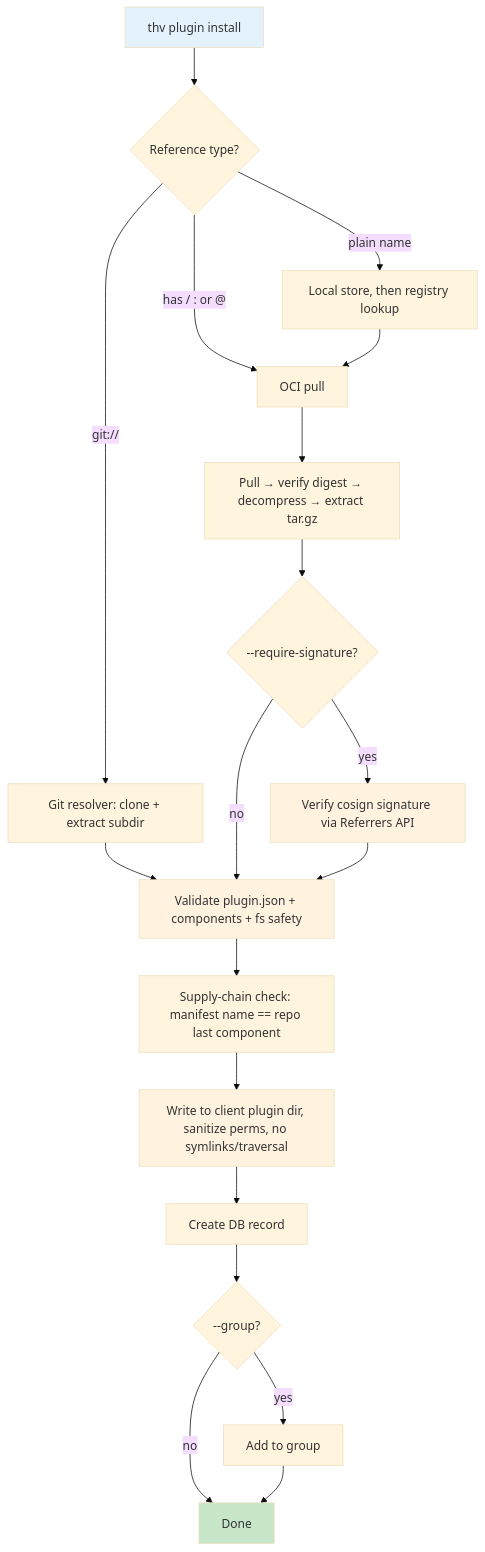
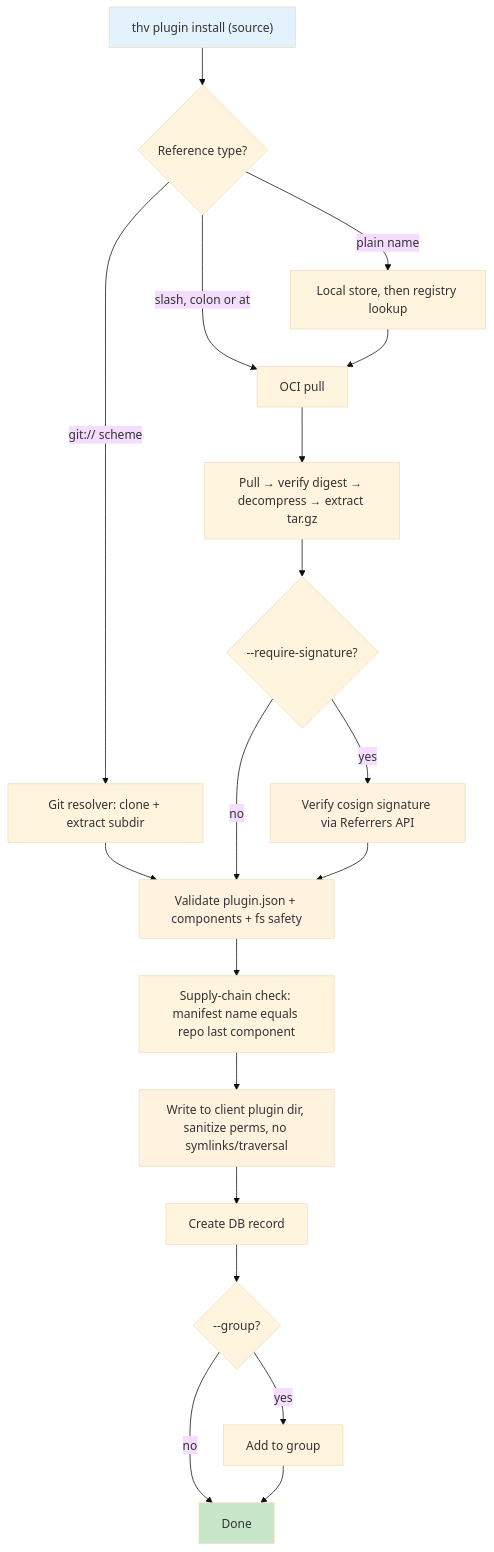
One commit to stacklok/toolhive-rfcs changed the second of 2 diagrams in rfcs/THV-0077-plugins-lifecycle-management.md. Above: the diagram before and after it, drawn with Mermaid (base theme). The commit also changed other lines of this file, not shown here.

Commit message:
RFC-0077: fix Mermaid diagram rendering errors
Dotted-edge label collided with the .-> arrow syntax; angle brackets and
special characters in flowchart labels broke the lexer. Use pipe-label form
and quote labels containing special characters.

````diff
--- a/rfcs/THV-0077-plugins-lifecycle-management.md
+++ b/rfcs/THV-0077-plugins-lifecycle-management.md
@@ -387,27 +387,27 @@
 ```mermaid
 flowchart TD
-    A[thv plugin install <src>] --> B{Reference type?}
-    B -->|git://| C[Git resolver: clone + extract subdir]
-    B -->|has / : or @| D[OCI pull]
-    B -->|plain name| E[Local store, then registry lookup]
+    A["thv plugin install (source)"] --> B{Reference type?}
+    B -->|"git:// scheme"| C["Git resolver: clone + extract subdir"]
+    B -->|"slash, colon or at"| D[OCI pull]
+    B -->|"plain name"| E[Local store, then registry lookup]
     E --> D
     C --> V[Validate plugin.json + components + fs safety]
     D --> P[Pull → verify digest → decompress → extract tar.gz]
     P --> SIG{--require-signature?}
     SIG -->|yes| SV[Verify cosign signature via Referrers API]
     SIG -->|no| V
     SV --> V
-    V --> SC[Supply-chain check: manifest name == repo last component]
-    SC --> W[Write to client plugin dir, sanitize perms, no symlinks/traversal]
+    V --> SC["Supply-chain check: manifest name equals repo last component"]
+    SC --> W["Write to client plugin dir, sanitize perms, no symlinks/traversal"]
     W --> R[Create DB record]
     R --> G{--group?}
     G -->|yes| GA[Add to group]
     G -->|no| Done[Done]
     GA --> Done
 
     style A fill:#e3f2fd
     style Done fill:#c8e6c9
     style V fill:#fff3e0
     style W fill:#fff3e0
     style SV fill:#fff3e0
 ```
````
